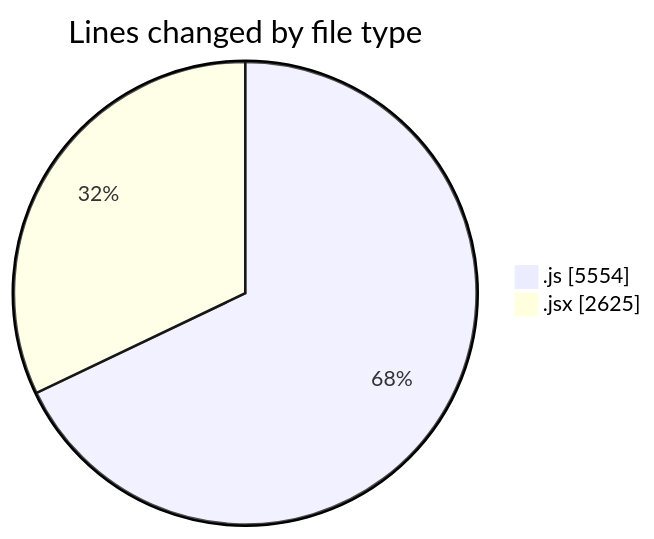
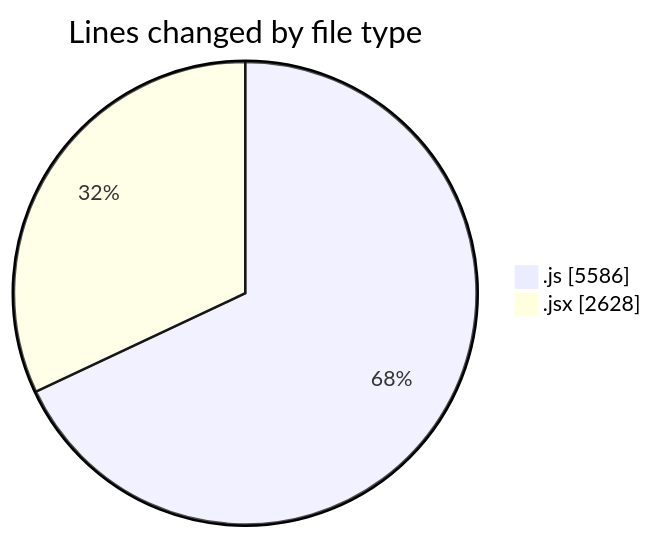
The first of 2 diagrams in 2025-08-13/nxtqube_webapp/README.md (nxtqubesakshisongat/code-tracking), drawn with Mermaid before and after one commit. The commit also changed other lines of this file and 1 other file, not shown here.

````diff
--- a/2025-08-13/nxtqube_webapp/README.md
+++ b/2025-08-13/nxtqube_webapp/README.md
@@ -26,6 +26,6 @@
 ```mermaid
 pie showData
 title Lines changed by file type
-".js" : 5554
-".jsx" : 2625
+".js" : 5586
+".jsx" : 2628
 ```
````
